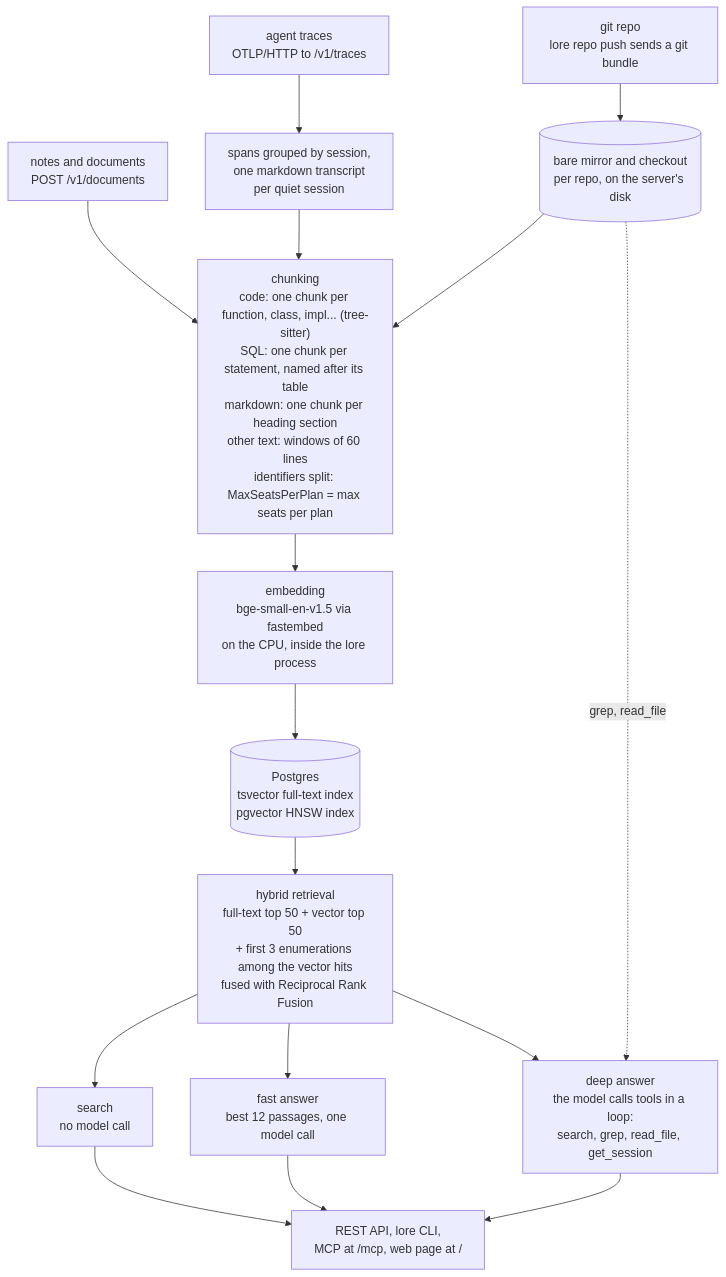
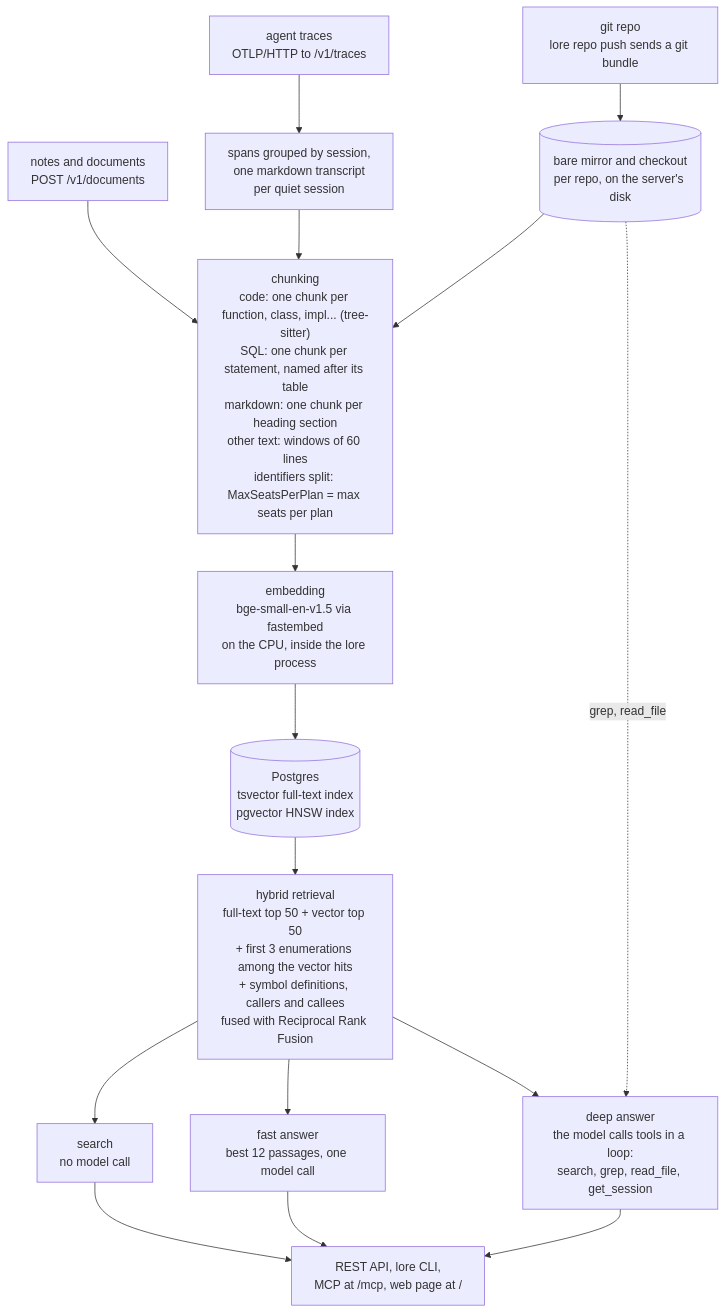
Before and after one commit to sudopower/lore: the diagram in docs/architecture.md, drawn with Mermaid. The commit also changed other lines of this file and 23 other files, not shown here.

First line of the commit message:
Search: add symbol and call-graph lookups (#37)

````diff
--- a/docs/architecture.md
+++ b/docs/architecture.md
@@ -9,26 +9,26 @@
 ```mermaid
 flowchart TD
     repo["git repo<br/>lore repo push sends a git bundle"]
     otlp["agent traces<br/>OTLP/HTTP to /v1/traces"]
     docs["notes and documents<br/>POST /v1/documents"]
 
     repo --> mirror[("bare mirror and checkout<br/>per repo, on the server's disk")]
     otlp --> sessions["spans grouped by session,<br/>one markdown transcript<br/>per quiet session"]
     mirror --> chunk
     sessions --> chunk
     docs --> chunk
 
     chunk["chunking<br/>code: one chunk per function, class, impl... (tree-sitter)<br/>SQL: one chunk per statement, named after its table<br/>markdown: one chunk per heading section<br/>other text: windows of 60 lines<br/>identifiers split: MaxSeatsPerPlan = max seats per plan"]
     chunk --> embed["embedding<br/>bge-small-en-v1.5 via fastembed<br/>on the CPU, inside the lore process"]
     embed --> pg[("Postgres<br/>tsvector full-text index<br/>pgvector HNSW index")]
 
-    pg --> hybrid["hybrid retrieval<br/>full-text top 50 + vector top 50<br/>+ first 3 enumerations among the vector hits<br/>fused with Reciprocal Rank Fusion"]
+    pg --> hybrid["hybrid retrieval<br/>full-text top 50 + vector top 50<br/>+ first 3 enumerations among the vector hits<br/>+ symbol definitions, callers and callees<br/>fused with Reciprocal Rank Fusion"]
     hybrid --> search["search<br/>no model call"]
     hybrid --> fast["fast answer<br/>best 12 passages, one model call"]
     hybrid --> deep["deep answer<br/>the model calls tools in a loop:<br/>search, grep, read_file, get_session"]
     mirror -.->|"grep, read_file"| deep
 
     search --> surfaces["REST API, lore CLI,<br/>MCP at /mcp, web page at /"]
     fast --> surfaces
     deep --> surfaces
 ```
````
